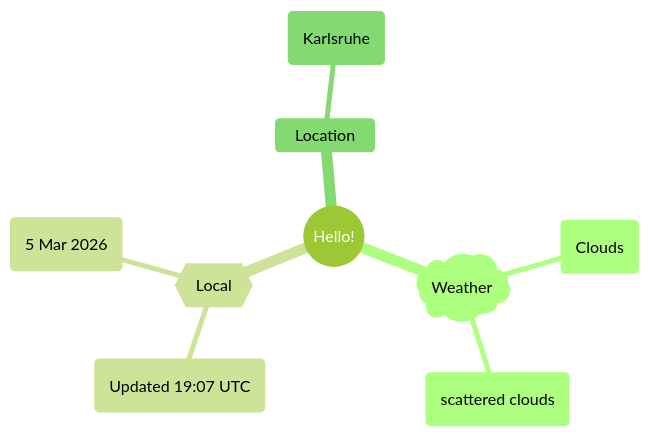
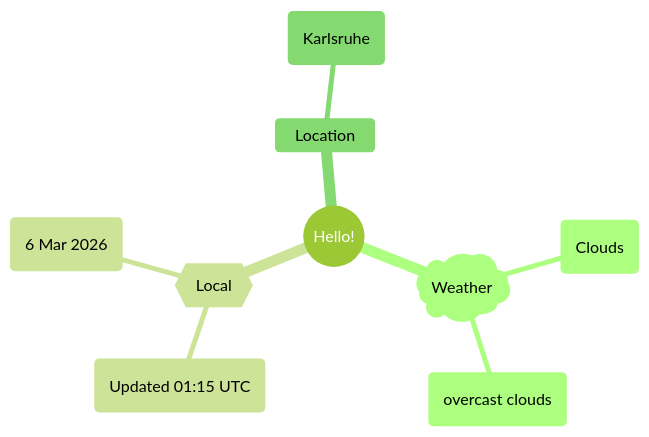
The first of 2 diagrams in README.md (Xosrov/Xosrov), drawn with Mermaid (forest theme) before and after one commit.

Commit message:
[bot] updated images

````diff
--- a/README.md
+++ b/README.md
@@ -3,12 +3,12 @@
 ```mermaid
 mindmap
   root((Hello!))
     )Weather(
         (Clouds)
-        (scattered clouds)
+        (overcast clouds)
     {{Local}}
-        (Updated 19:07 UTC)
-        (5 Mar 2026)
+        (Updated 01:15 UTC)
+        (6 Mar 2026)
     Location
         (Karlsruhe)
 ```
````
